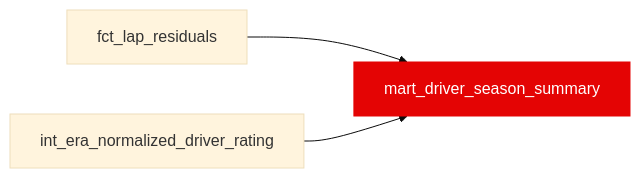
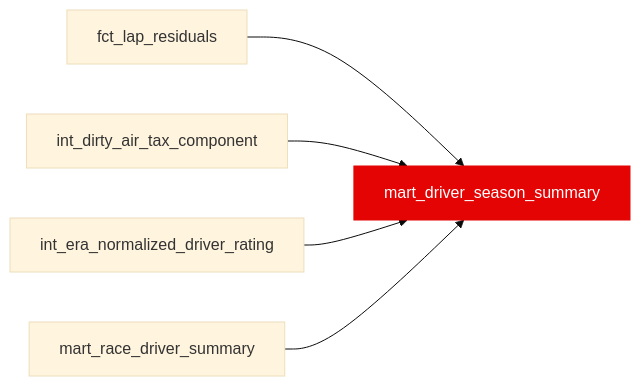
The diagram in docs/reference/models/fct/mart_driver_season_summary.mdx (JustinClarke/off-the-pace), drawn with Mermaid (base theme) before and after one commit. The commit also changed other lines of this file and 286 other files, not shown here.

````diff
--- a/docs/reference/models/fct/mart_driver_season_summary.mdx
+++ b/docs/reference/models/fct/mart_driver_season_summary.mdx
@@ -15,6 +15,8 @@
 ```mermaid
 flowchart LR
   fct_lap_residuals --> mart_driver_season_summary
+  int_dirty_air_tax_component --> mart_driver_season_summary
   int_era_normalized_driver_rating --> mart_driver_season_summary
+  mart_race_driver_summary --> mart_driver_season_summary
   style mart_driver_season_summary fill:#e40404,stroke:#e40404,color:#fff
 ```
````
